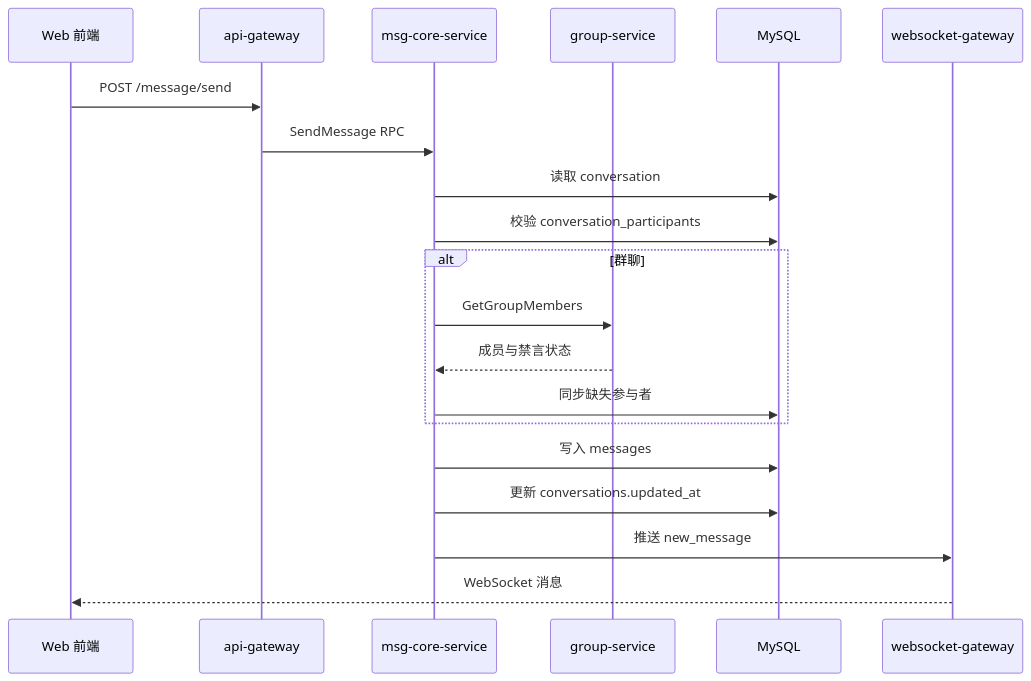
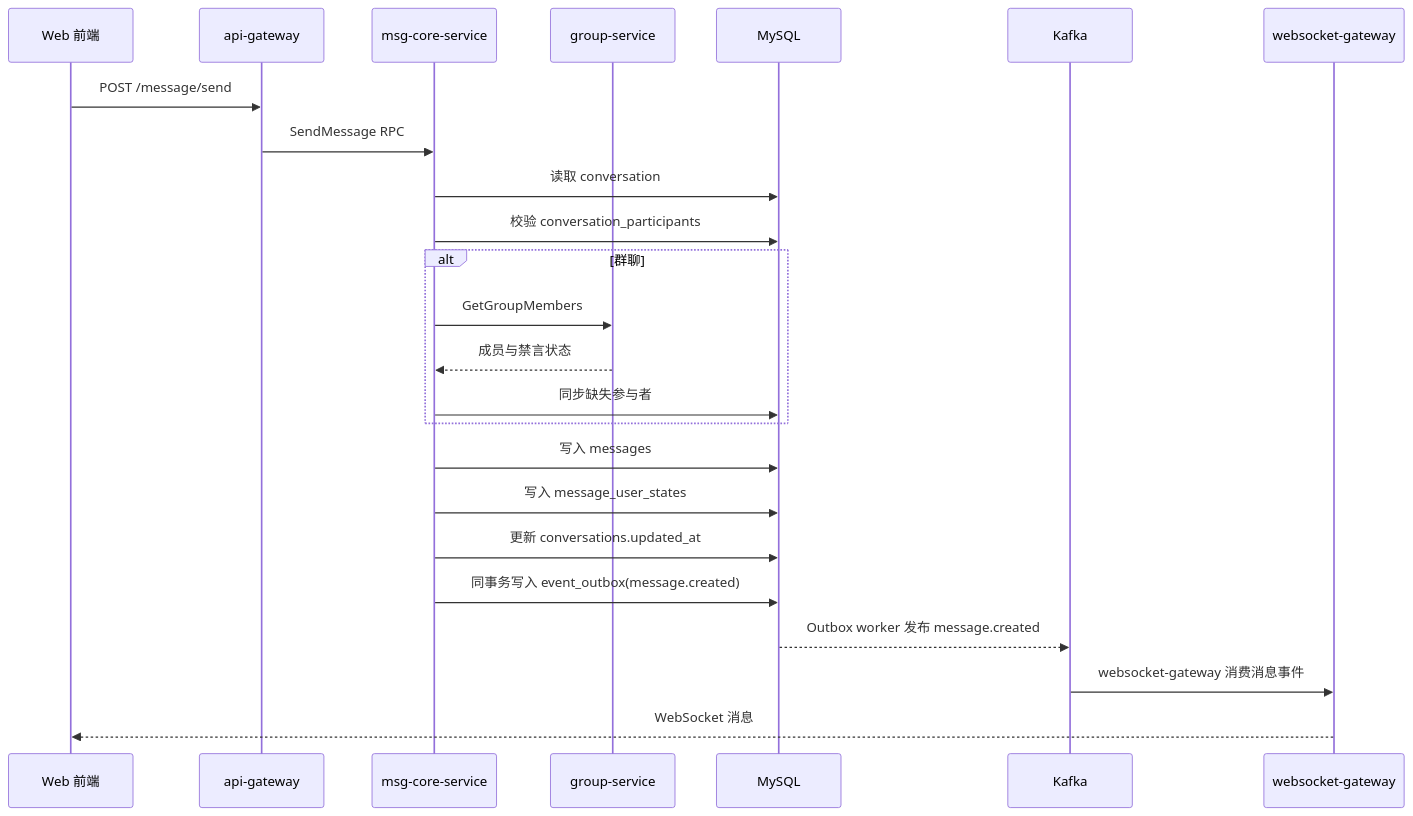
The diagram in docs/TechArch.md (Claran309/ClaranAIM), drawn with Mermaid before and after one commit. The commit also changed other lines of this file and 130 other files, not shown here.

Commit message:
+kafka（outbox&eventbus）

````diff
--- a/docs/TechArch.md
+++ b/docs/TechArch.md
@@ -186,23 +193,27 @@
 ```mermaid
 sequenceDiagram
     participant Web as Web 前端
     participant API as api-gateway
     participant Msg as msg-core-service
     participant Group as group-service
     participant DB as MySQL
+    participant Kafka as Kafka
     participant WS as websocket-gateway
 
     Web->>API: POST /message/send
     API->>Msg: SendMessage RPC
     Msg->>DB: 读取 conversation
     Msg->>DB: 校验 conversation_participants
     alt 群聊
         Msg->>Group: GetGroupMembers
         Group-->>Msg: 成员与禁言状态
         Msg->>DB: 同步缺失参与者
     end
     Msg->>DB: 写入 messages
+    Msg->>DB: 写入 message_user_states
     Msg->>DB: 更新 conversations.updated_at
-    Msg->>WS: 推送 new_message
+    Msg->>DB: 同事务写入 event_outbox(message.created)
+    DB-->>Kafka: Outbox worker 发布 message.created
+    Kafka->>WS: websocket-gateway 消费消息事件
     WS-->>Web: WebSocket 消息
 ```
````
